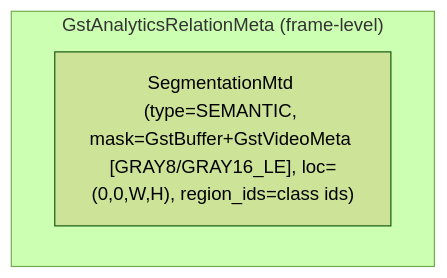
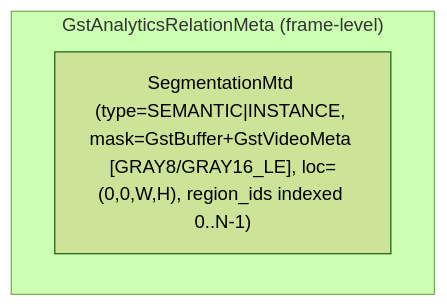
Before and after one commit to OskarFiedot/DLStreamer: the eighth of 17 diagrams in docs/user-guide/dev_guide/metadata_relations_diagrams.md, drawn with Mermaid (forest theme). The commit also changed other lines of this file, not shown here.

````diff
--- a/docs/user-guide/dev_guide/metadata_relations_diagrams.md
+++ b/docs/user-guide/dev_guide/metadata_relations_diagrams.md
@@ -186,6 +210,6 @@
 ```mermaid
 graph TD
   subgraph RelationMeta["GstAnalyticsRelationMeta (frame-level)"]
-    Seg["SegmentationMtd (type=SEMANTIC, mask=GstBuffer+GstVideoMeta [GRAY8/GRAY16_LE], loc=(0,0,W,H), region_ids=class ids)"]
+    Seg["SegmentationMtd (type=SEMANTIC|INSTANCE, mask=GstBuffer+GstVideoMeta [GRAY8/GRAY16_LE], loc=(0,0,W,H), region_ids indexed 0..N-1)"]
   end
 ```
````
